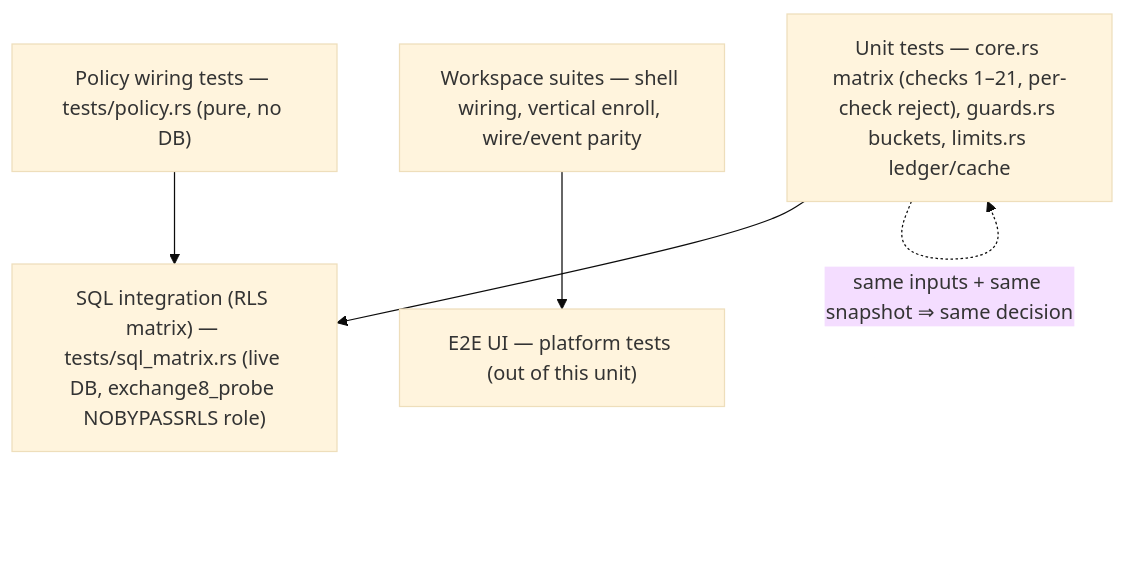
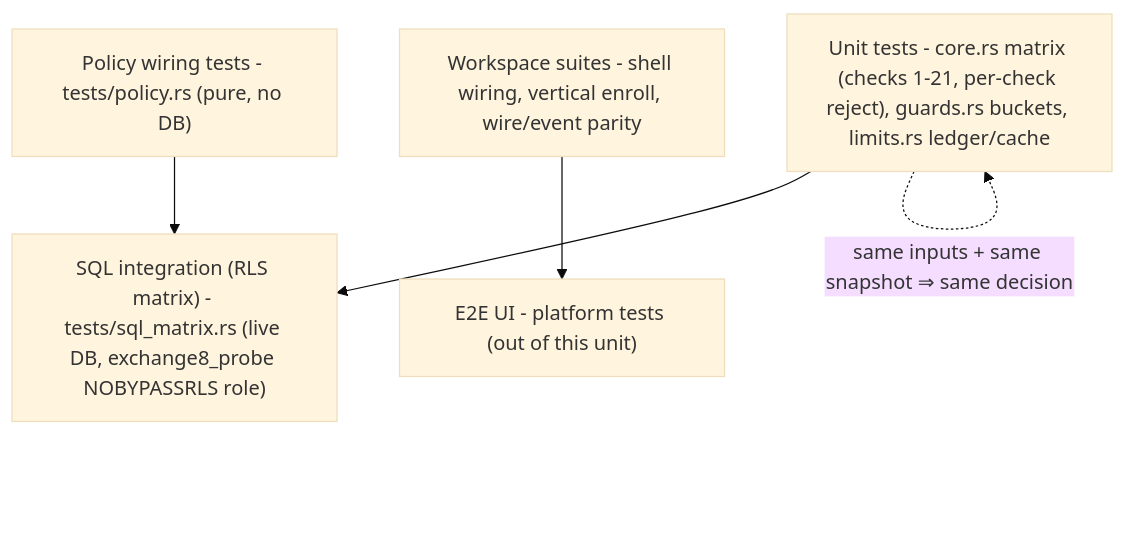
Before and after one commit to Exchange8-dev/exchange8-risk: diagram 14 of 14 in DESIGN.md, drawn with Mermaid (base theme). The commit also changed other lines of this file and 17 other files, not shown here.

````diff
--- a/DESIGN.md
+++ b/DESIGN.md
@@ -599,12 +599,12 @@
 ```mermaid
 graph TD
-    U["Unit tests — core.rs matrix (checks 1–21, per-check reject), guards.rs buckets, limits.rs ledger/cache"]
-    P["Policy wiring tests — tests/policy.rs (pure, no DB)"]
-    S["SQL integration (RLS matrix) — tests/sql_matrix.rs (live DB, exchange8_probe NOBYPASSRLS role)"]
-    G["Workspace suites — shell wiring, vertical enroll, wire/event parity"]
-    E2EUI["E2E UI — platform tests (out of this unit)"]
+    U["Unit tests - core.rs matrix (checks 1-21, per-check reject), guards.rs buckets, limits.rs ledger/cache"]
+    P["Policy wiring tests - tests/policy.rs (pure, no DB)"]
+    S["SQL integration (RLS matrix) - tests/sql_matrix.rs (live DB, exchange8_probe NOBYPASSRLS role)"]
+    G["Workspace suites - shell wiring, vertical enroll, wire/event parity"]
+    E2EUI["E2E UI - platform tests (out of this unit)"]
     U --> S
     P --> S
     G --> E2EUI
     U -.->|"same inputs + same snapshot ⇒ same decision"| U
 ```
````
